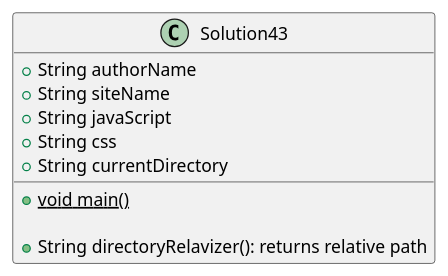
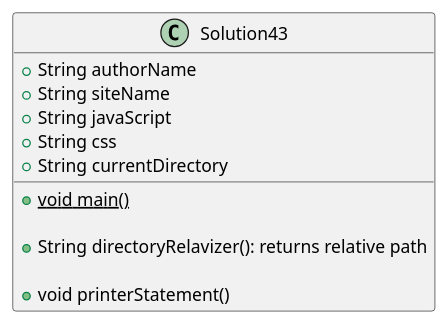
One commit to richardlopez813/lopez-a04 changed the diagram in exercise43/docs/Solution43.puml. Above: the diagram before and after it, drawn with PlantUML. The commit also changed 24 other files, not shown here.

```diff
--- a/exercise43/docs/Solution43.puml
+++ b/exercise43/docs/Solution43.puml
@@ -1,15 +1,17 @@
 @startuml
 'https://plantuml.com/class-diagram
 
 class Solution43{
 +String authorName
 +String siteName
 +String javaScript
 +String css
 +String currentDirectory
 
 +{static} {method} void main()
 
 +{method} String directoryRelavizer(): returns relative path
+
++{method} void printerStatement()
 }
 @enduml
```
